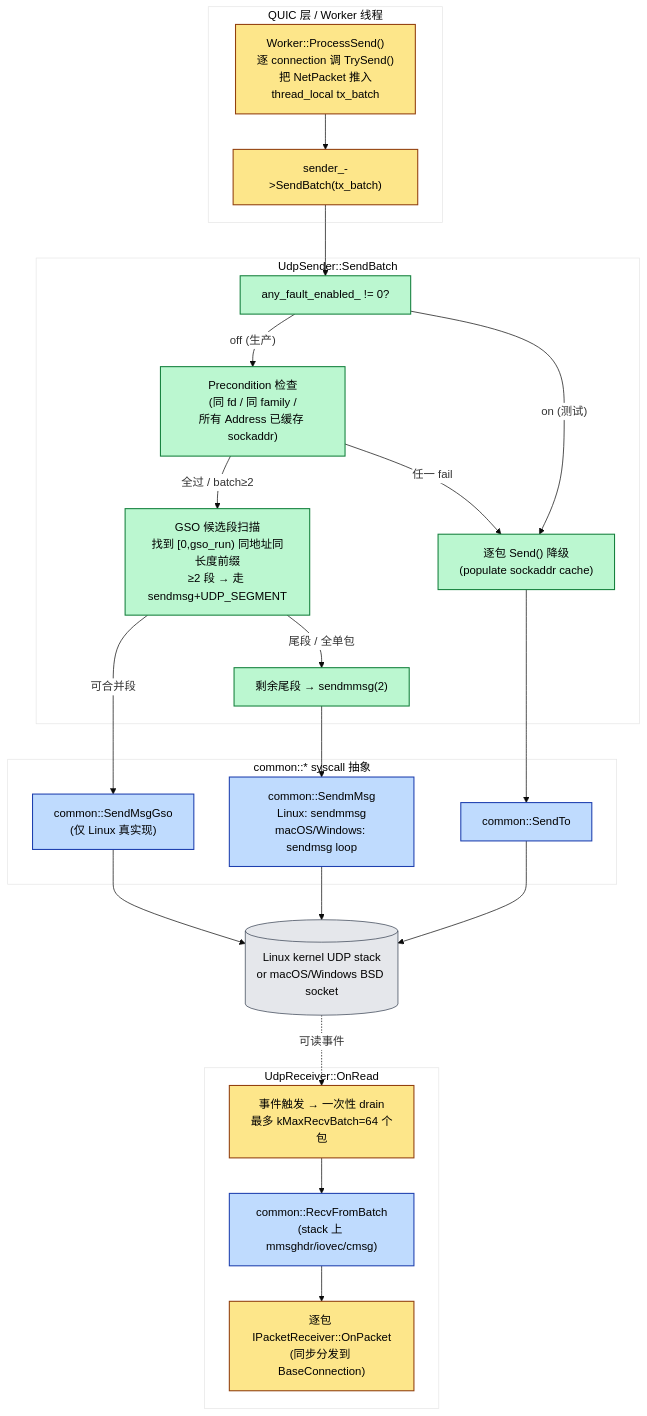
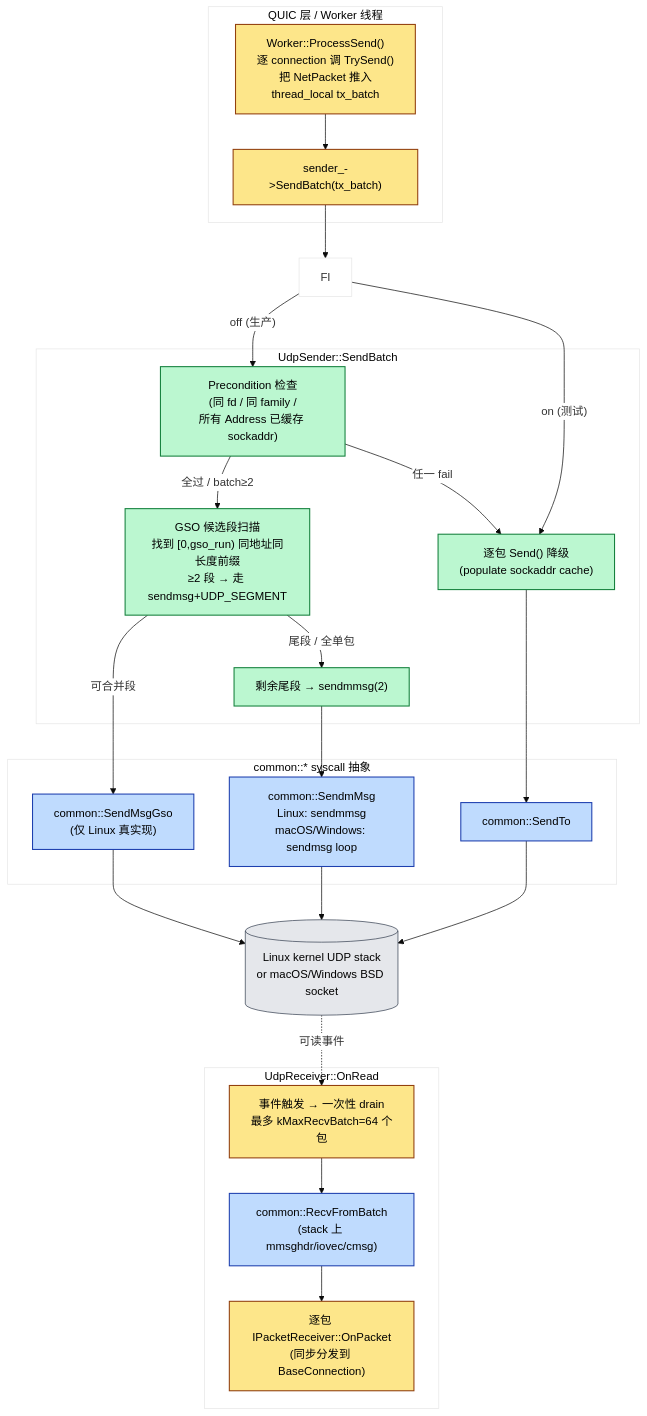
One commit to caozhiyi/quicX changed the diagram in docs/zh/design/udp_io.md. Above: the diagram before and after it, drawn with Mermaid. The commit also changed other lines of this file and 14 other files, not shown here.

````diff
--- a/docs/zh/design/udp_io.md
+++ b/docs/zh/design/udp_io.md
@@ -18,52 +18,51 @@
 ```mermaid
 %%{init: {'theme':'base','themeVariables':{'primaryColor':'#fff'}}}%%
 flowchart TD
     classDef quic fill:#fde68a,stroke:#92400e,stroke-width:1.5px,color:#000
     classDef sender fill:#bbf7d0,stroke:#15803d,stroke-width:1.5px,color:#000
     classDef syscall fill:#bfdbfe,stroke:#1e40af,stroke-width:1.5px,color:#000
     classDef kernel fill:#e5e7eb,stroke:#374151,stroke-width:1px,color:#000
 
     subgraph QUIC[QUIC 层 / Worker 线程]
         TS["Worker::ProcessSend()<br/>逐 connection 调 TrySend()<br/>把 NetPacket 推入<br/>thread_local tx_batch"]:::quic
         SBatch["sender_->SendBatch(tx_batch)"]:::quic
     end
 
     subgraph SEND[UdpSender::SendBatch]
-        FI["any_fault_enabled_ != 0?"]:::sender
         Pre["Precondition 检查<br/>(同 fd / 同 family /<br/>所有 Address 已缓存 sockaddr)"]:::sender
         GSO["GSO 候选段扫描<br/>找到 [0,gso_run) 同地址同长度前缀<br/>≥2 段 → 走 sendmsg+UDP_SEGMENT"]:::sender
         MM["剩余尾段 → sendmmsg(2)"]:::sender
         FB["逐包 Send() 降级<br/>(populate sockaddr cache)"]:::sender
     end
 
     subgraph SYSCALL[common::* syscall 抽象]
         SmMsg["common::SendmMsg<br/>Linux: sendmmsg<br/>macOS/Windows: sendmsg loop"]:::syscall
         SGso["common::SendMsgGso<br/>(仅 Linux 真实现)"]:::syscall
         STo["common::SendTo"]:::syscall
     end
 
     subgraph RECV[UdpReceiver::OnRead]
         OR["事件触发 → 一次性 drain<br/>最多 kMaxRecvBatch=64 个包"]:::quic
         RB["common::RecvFromBatch<br/>(stack 上 mmsghdr/iovec/cmsg)"]:::syscall
         Disp["逐包 IPacketReceiver::OnPacket<br/>(同步分发到 BaseConnection)"]:::quic
     end
 
     KER[("Linux kernel UDP stack<br/>or macOS/Windows BSD socket")]:::kernel
 
     TS --> SBatch --> FI
     FI -- "off (生产)" --> Pre
     FI -- "on (测试)" --> FB
     Pre -- "全过 / batch≥2" --> GSO
     Pre -- "任一 fail" --> FB
     GSO -- "可合并段" --> SGso
     GSO -- "尾段 / 全单包" --> MM
     MM --> SmMsg
     FB --> STo
     SmMsg --> KER
     SGso --> KER
     STo --> KER
 
     KER -. "可读事件" .-> OR
     OR --> RB
     RB --> Disp
 ```
````
